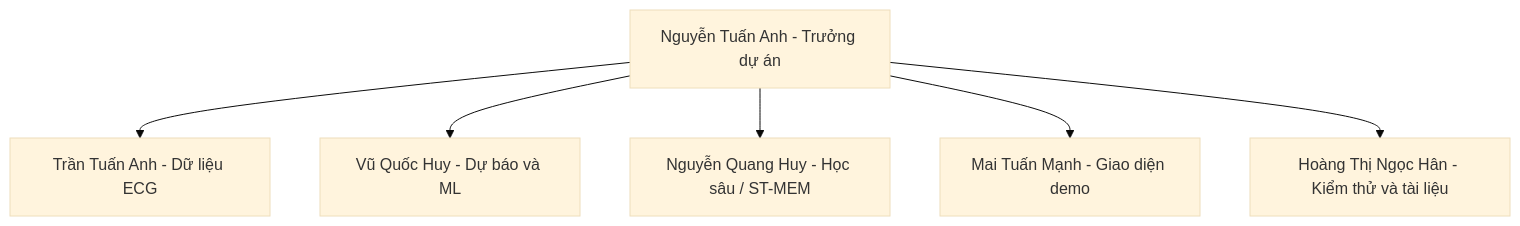
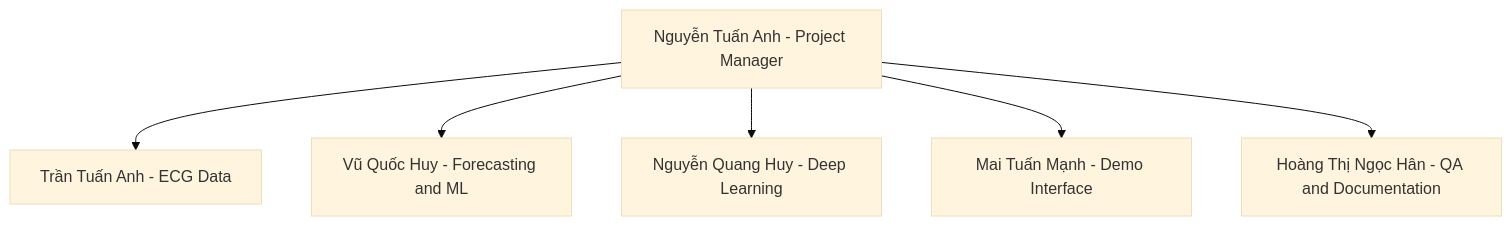
One commit to vu-huzy/ECG-Timeseries-Analysis changed the diagram in ECG_Project_WBS_Revised.md. Above: the diagram before and after it, drawn with Mermaid (base theme). The commit also changed other lines of this file and 6 other files, not shown here.

````diff
--- a/ECG_Project_WBS_Revised.md
+++ b/ECG_Project_WBS_Revised.md
@@ -15,8 +15,8 @@
 ```mermaid
 flowchart TB
-  PM["Nguyễn Tuấn Anh - Trưởng dự án"] --> DATA["Trần Tuấn Anh - Dữ liệu ECG"]
-  PM --> ML["Vũ Quốc Huy - Dự báo và ML"]
-  PM --> DL["Nguyễn Quang Huy - Học sâu / ST-MEM"]
-  PM --> WEB["Mai Tuấn Mạnh - Giao diện demo"]
-  PM --> QA["Hoàng Thị Ngọc Hân - Kiểm thử và tài liệu"]
+  PM["Nguyễn Tuấn Anh - Project Manager"] --> DATA["Trần Tuấn Anh - ECG Data"]
+  PM --> ML["Vũ Quốc Huy - Forecasting and ML"]
+  PM --> DL["Nguyễn Quang Huy - Deep Learning"]
+  PM --> WEB["Mai Tuấn Mạnh - Demo Interface"]
+  PM --> QA["Hoàng Thị Ngọc Hân - QA and Documentation"]
 ```
````
